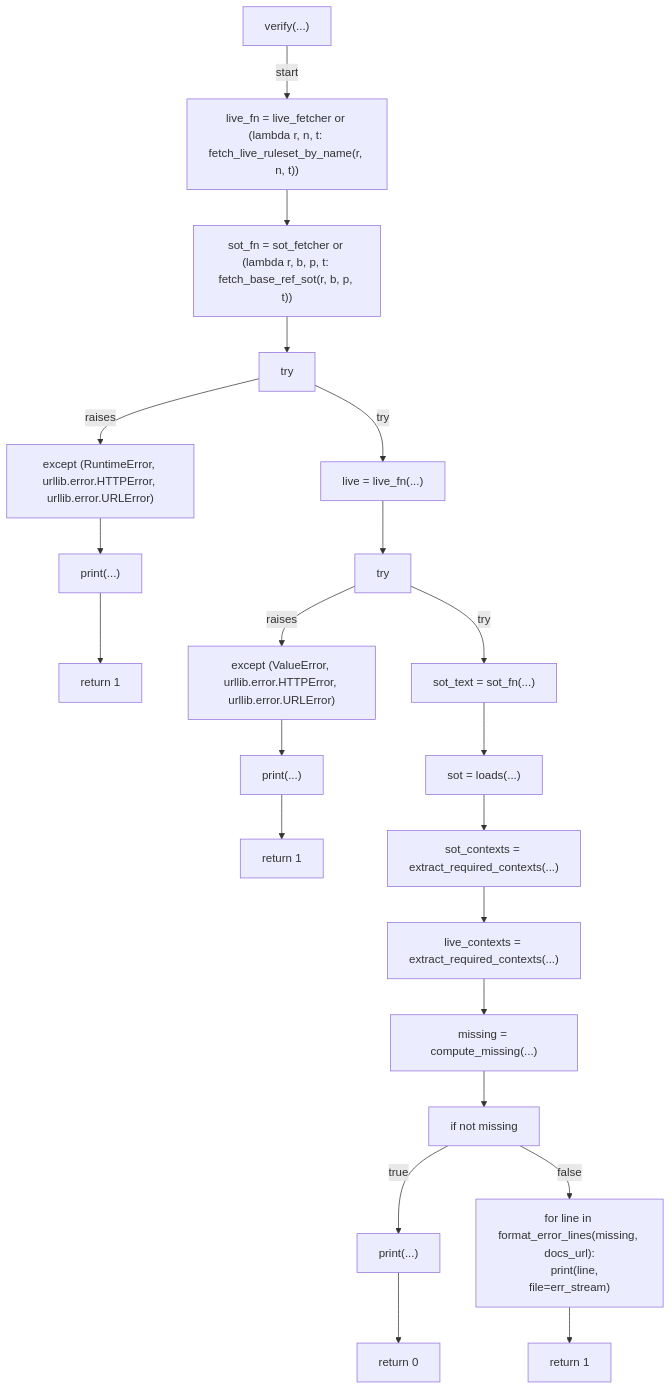
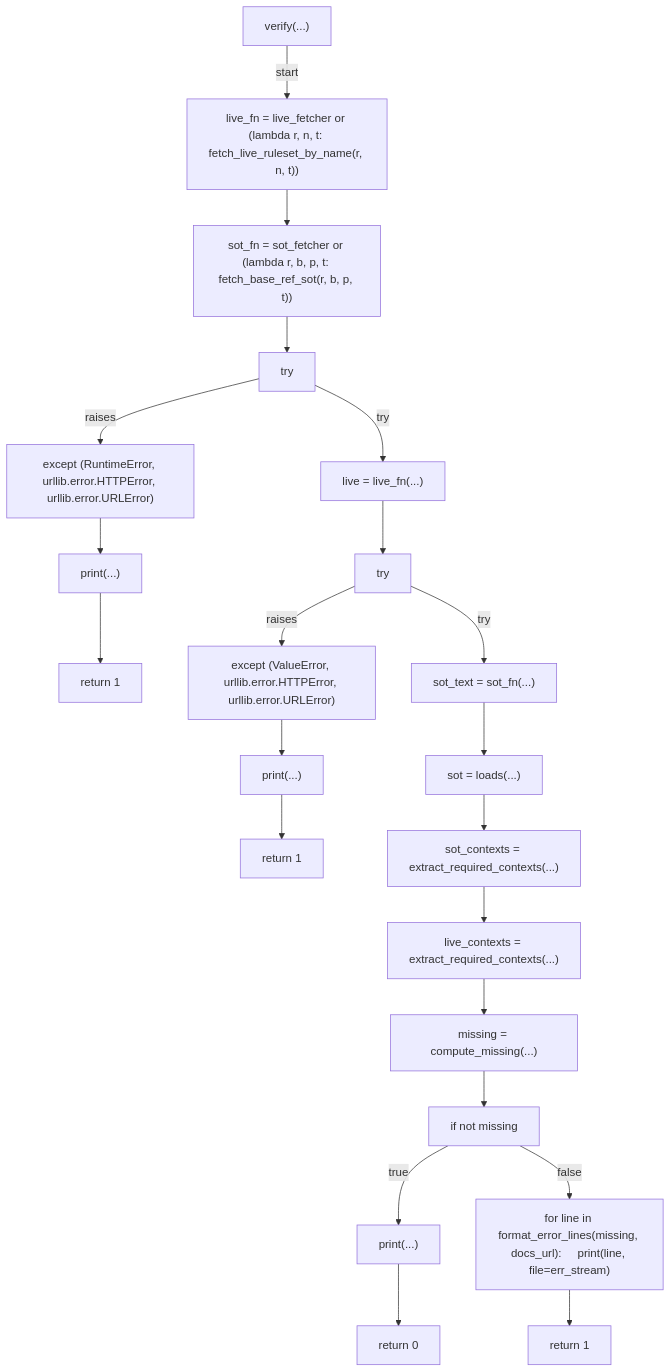
Before and after one commit to tvna/claude-md: the eighth of 9 diagrams in docs/generated/scripts/ast/verify_ruleset_sync.md, drawn with Mermaid. The commit also changed other lines of this file and 15 other files, not shown here.

First line of the commit message:
docs(generated): regenerate decision tree and workflow diagrams (batch 5/5)

````diff
--- a/docs/generated/scripts/ast/verify_ruleset_sync.md
+++ b/docs/generated/scripts/ast/verify_ruleset_sync.md
@@ -130,47 +122,46 @@
 ```mermaid
 flowchart TD
     N001["verify(...)"]
     N002["live_fn = live_fetcher or (lambda r, n, t: fetch_live_ruleset_by_name(r, n, t))"]
     N003["sot_fn = sot_fetcher or (lambda r, b, p, t: fetch_base_ref_sot(r, b, p, t))"]
     N004["try"]
     N005["live = live_fn(...)"]
     N006["except (RuntimeError, urllib.error.HTTPError, urllib.error.URLError)"]
     N007["print(...)"]
     N008["return 1"]
     N009["try"]
     N010["sot_text = sot_fn(...)"]
     N011["sot = loads(...)"]
     N012["except (ValueError, urllib.error.HTTPError, urllib.error.URLError)"]
     N013["print(...)"]
     N014["return 1"]
     N015["sot_contexts = extract_required_contexts(...)"]
     N016["live_contexts = extract_required_contexts(...)"]
     N017["missing = compute_missing(...)"]
     N018["if not missing"]
     N019["print(...)"]
     N020["return 0"]
-    N021["for line in format_error_lines(missing, docs_url):
-    print(line, file=err_stream)"]
+    N021["for line in format_error_lines(missing, docs_url):     print(line, file=err_stream)"]
     N022["return 1"]
     N001 -->|"start"| N002
     N002 --> N003
     N003 --> N004
     N004 -->|"try"| N005
     N004 -->|"raises"| N006
     N006 --> N007
     N007 --> N008
     N005 --> N009
     N009 -->|"try"| N010
     N010 --> N011
     N009 -->|"raises"| N012
     N012 --> N013
     N013 --> N014
     N011 --> N015
     N015 --> N016
     N016 --> N017
     N017 --> N018
     N018 -->|"true"| N019
     N019 --> N020
     N018 -->|"false"| N021
     N021 --> N022
 ```
````
